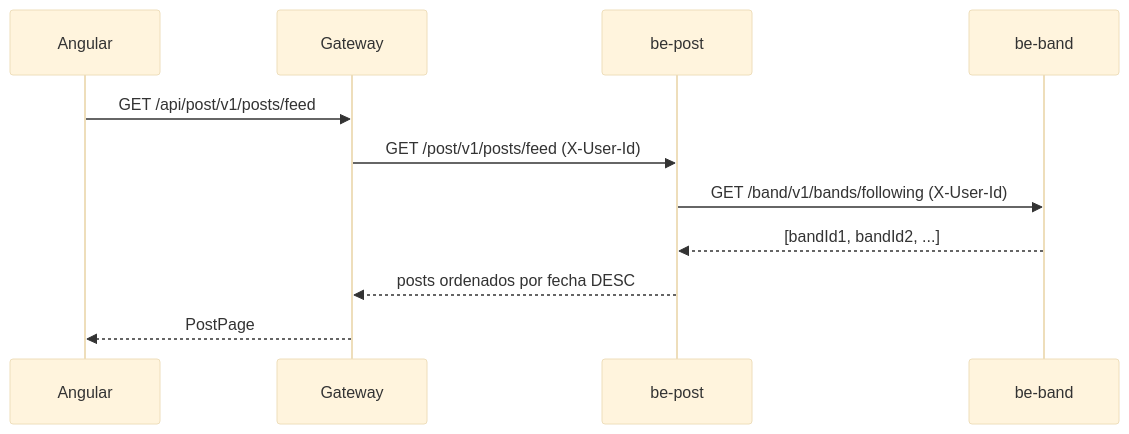
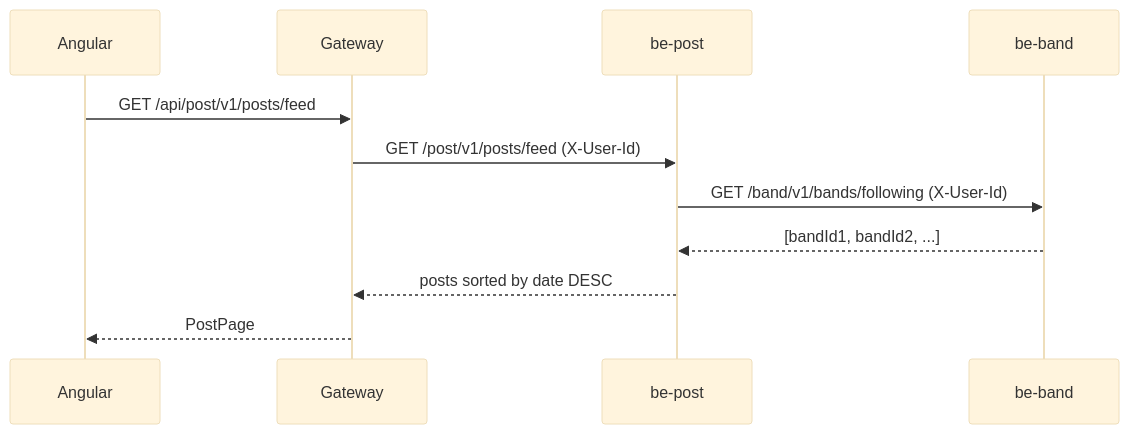
Before and after one commit to ecoronelGIT/yourband-be-post: the second of 3 diagrams in README.md, drawn with Mermaid (base theme). The commit also changed other lines of this file, not shown here.

````diff
--- a/README.md
+++ b/README.md
@@ -26,14 +26,14 @@
 ```mermaid
 sequenceDiagram
     participant FE as Angular
     participant GW as Gateway
     participant POST as be-post
     participant BAND as be-band
 
     FE->>GW: GET /api/post/v1/posts/feed
     GW->>POST: GET /post/v1/posts/feed (X-User-Id)
     POST->>BAND: GET /band/v1/bands/following (X-User-Id)
     BAND-->>POST: [bandId1, bandId2, ...]
-    POST-->>GW: posts ordenados por fecha DESC
+    POST-->>GW: posts sorted by date DESC
     GW-->>FE: PostPage
 ```
````
